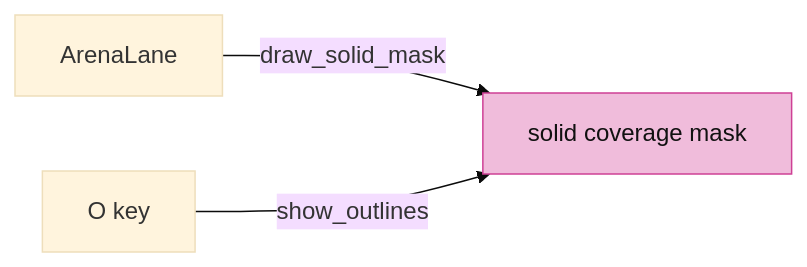
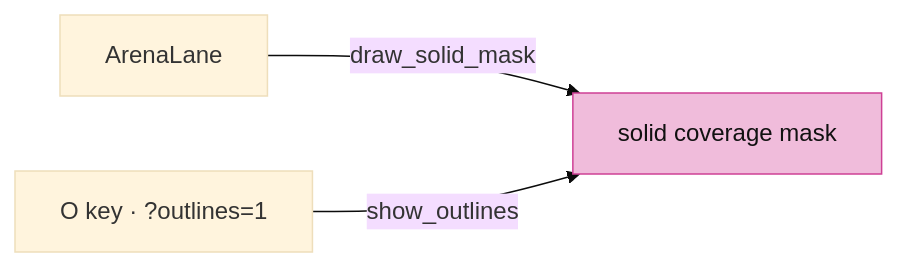
One commit to petrasvestartas/session changed diagram 19 of 26 in session_viewer/docs/17-source-presentation.md. Above: the diagram before and after it, drawn with Mermaid (base theme). The commit also changed other lines of this file and 34 other files, not shown here.

First line of the commit message:
Course: each lesson teaches its file's final form; diagrams fit the column

````diff
--- a/session_viewer/docs/17-source-presentation.md
+++ b/session_viewer/docs/17-source-presentation.md
@@ -318,6 +383,6 @@
 ```mermaid
 flowchart LR
     A["ArenaLane"] -- "draw_solid_mask" --> M["solid coverage mask"]
-    K["O key"] -- "show_outlines" --> M
+    K["O key · ?outlines=1"] -- "show_outlines" --> M
     style M fill:#f0bcdb,stroke:#ce4095,color:#111
 ```
````
